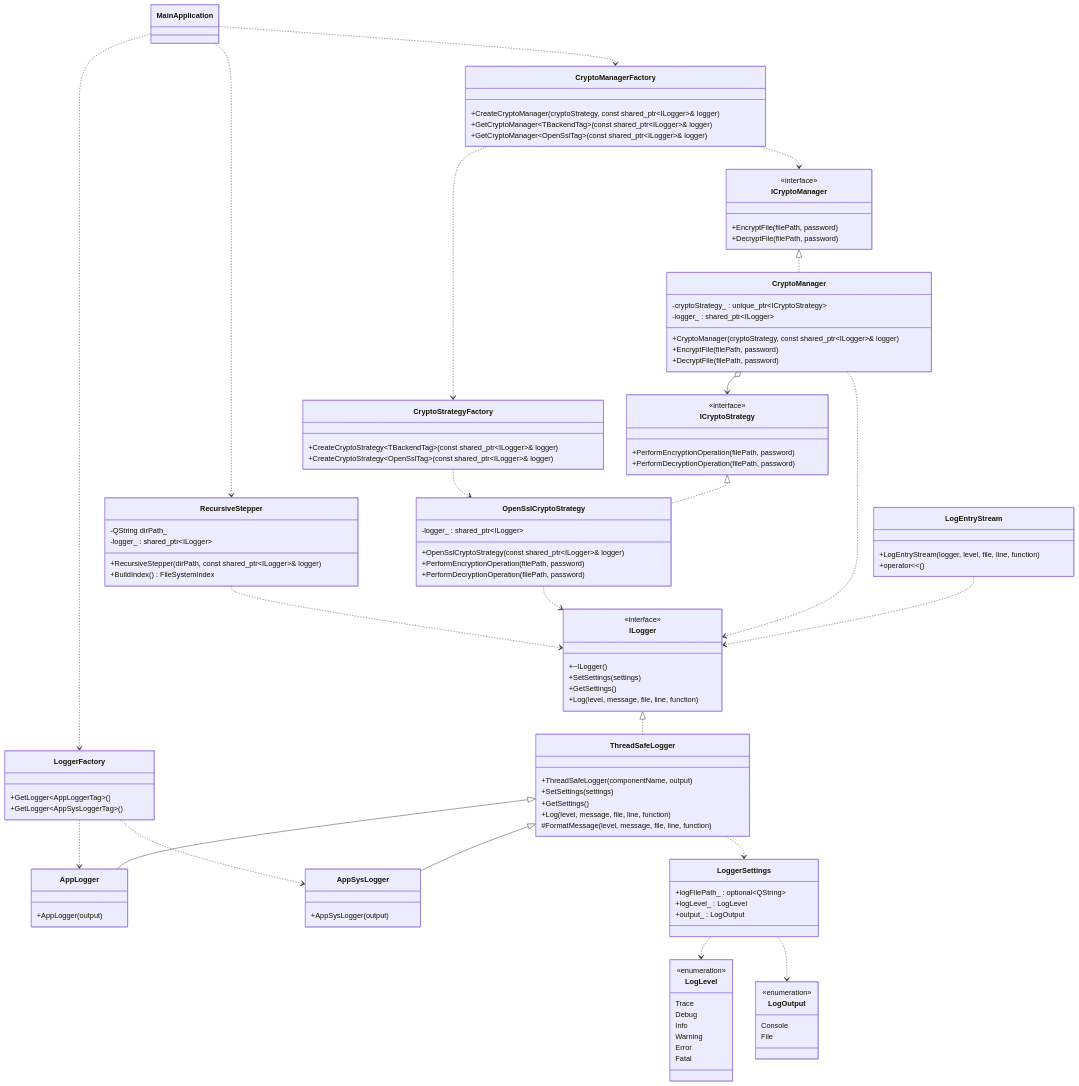
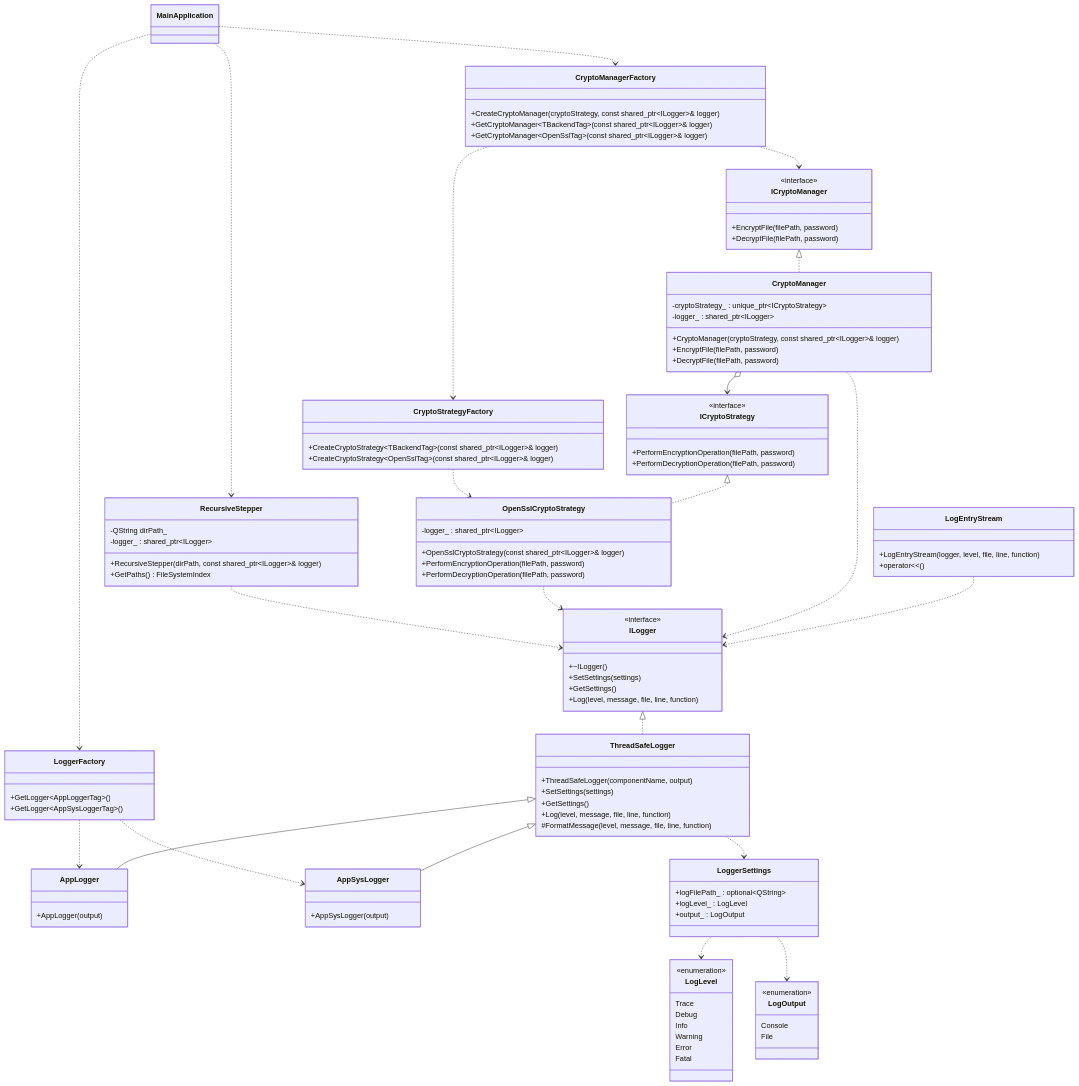
Before and after one commit to artoshechka/development_of_information_security_tools: the diagram in testing/dir_rec1/README.md, drawn with Mermaid. The commit also changed 5 other files, not shown here.

```diff
--- a/testing/dir_rec1/README.md
+++ b/testing/dir_rec1/README.md
@@ -117,7 +117,7 @@
         -QString dirPath_
         -logger_ : shared_ptr~ILogger~
         +RecursiveStepper(dirPath, const shared_ptr~ILogger~& logger)
-        +BuildIndex() FileSystemIndex
+        +GetPaths() FileSystemIndex
     }
 
     ILogger <|.. ThreadSafeLogger
```
